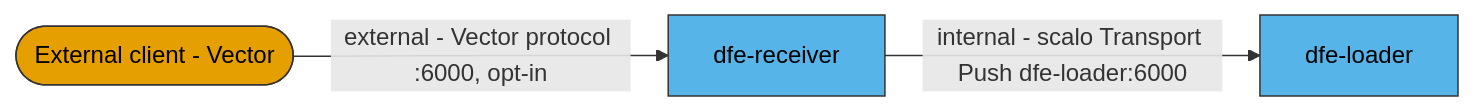
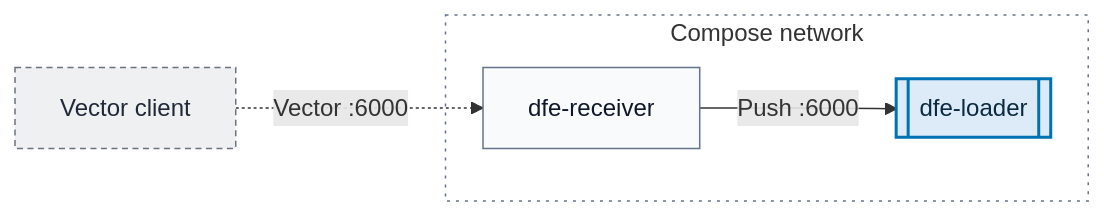
The fourth of 4 diagrams in docs/architecture.md (hyperi-io/dfe-docker), drawn with Mermaid before and after one commit. The commit also changed other lines of this file and 28 other files, not shown here.

First line of the commit message:
docs(docker): fix claims and redraw diagrams

````diff
--- a/docs/architecture.md
+++ b/docs/architecture.md
@@ -180,12 +202,23 @@
 ```mermaid
 flowchart LR
-    classDef ext fill:#E69F00,stroke:#333333,color:#000000
-    classDef dfe fill:#56B4E9,stroke:#333333,color:#000000
+    accTitle: L4 Detail -- Two listeners on port 6000
+    accDescr: An external Vector client can push to dfe-receiver's Vector protocol listener on port 6000 once it is enabled. dfe-receiver pushes to dfe-loader's internal Push listener, also on port 6000, over the compose network.
 
-    client(["External client - Vector"]):::ext
-    receiver["dfe-receiver"]:::dfe
-    loader["dfe-loader"]:::dfe
+    client["Vector client"]
 
-    client -->|external - Vector protocol :6000, opt-in| receiver
-    receiver -->|internal - scalo Transport Push dfe-loader:6000| loader
+    subgraph net["Compose network"]
+        receiver["dfe-receiver"]
+        loader[["dfe-loader"]]
+    end
+
+    client -.->|Vector :6000| receiver
+    receiver -->|Push :6000| loader
+
+    classDef default fill:#F8FAFC,stroke:#64748B,stroke-width:1px,color:#0F172A
+    classDef core fill:#DCEBF7,stroke:#0072B2,stroke-width:2px,color:#0B2A3F
+    classDef ext fill:#EEF0F2,stroke:#6B7280,stroke-width:1px,stroke-dasharray:4 3,color:#1F2937
+    classDef group fill:none,stroke:#64748B,stroke-width:1px,stroke-dasharray:2 4
+    class client ext
+    class loader core
+    class net group
 ```
````
